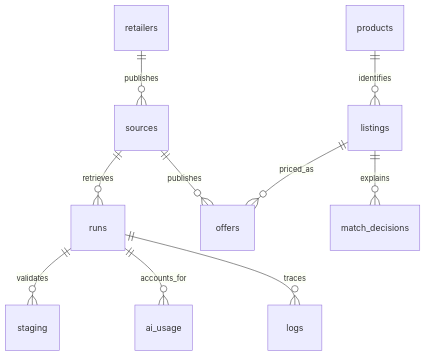
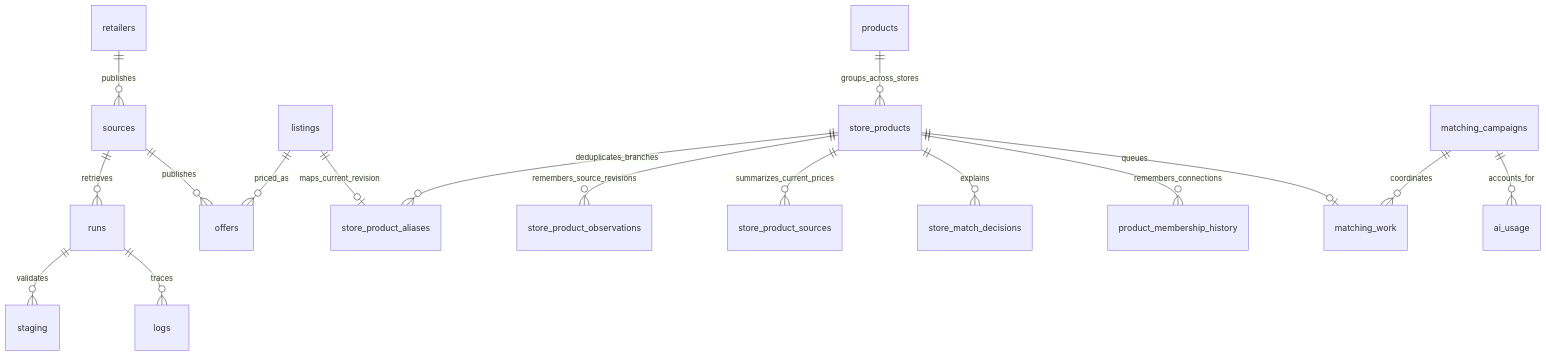
The diagram in docs/data-model.md (gotch27/mkd-price-aggregator), drawn with Mermaid before and after one commit. The commit also changed other lines of this file and 313 other files, not shown here.

First line of the commit message:
Add configurable catalog workflows, cross-store matching, and review tools

````diff
--- a/docs/data-model.md
+++ b/docs/data-model.md
@@ -5,12 +5,19 @@
 ```mermaid
 erDiagram
   retailers ||--o{ sources : publishes
   sources ||--o{ runs : retrieves
   runs ||--o{ staging : validates
   sources ||--o{ offers : publishes
   listings ||--o{ offers : priced_as
-  products ||--o{ listings : identifies
-  listings ||--o{ match_decisions : explains
-  runs ||--o{ ai_usage : accounts_for
+  listings ||--o| store_product_aliases : maps_current_revision
+  store_products ||--o{ store_product_aliases : deduplicates_branches
+  store_products ||--o{ store_product_observations : remembers_source_revisions
+  products ||--o{ store_products : groups_across_stores
+  store_products ||--o{ store_product_sources : summarizes_current_prices
+  store_products ||--o{ store_match_decisions : explains
+  store_products ||--o{ product_membership_history : remembers_connections
+  store_products ||--o| matching_work : queues
+  matching_campaigns ||--o{ matching_work : coordinates
+  matching_campaigns ||--o{ ai_usage : accounts_for
   runs ||--o{ logs : traces
 ```
````
